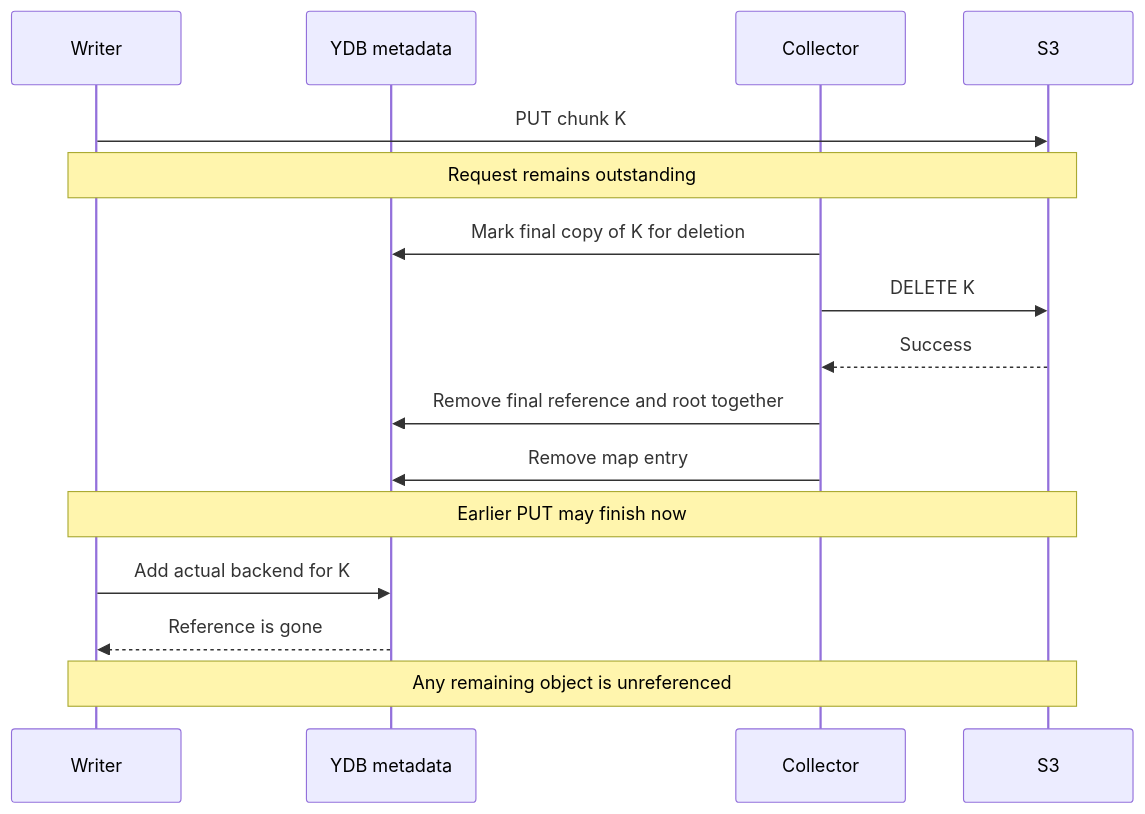
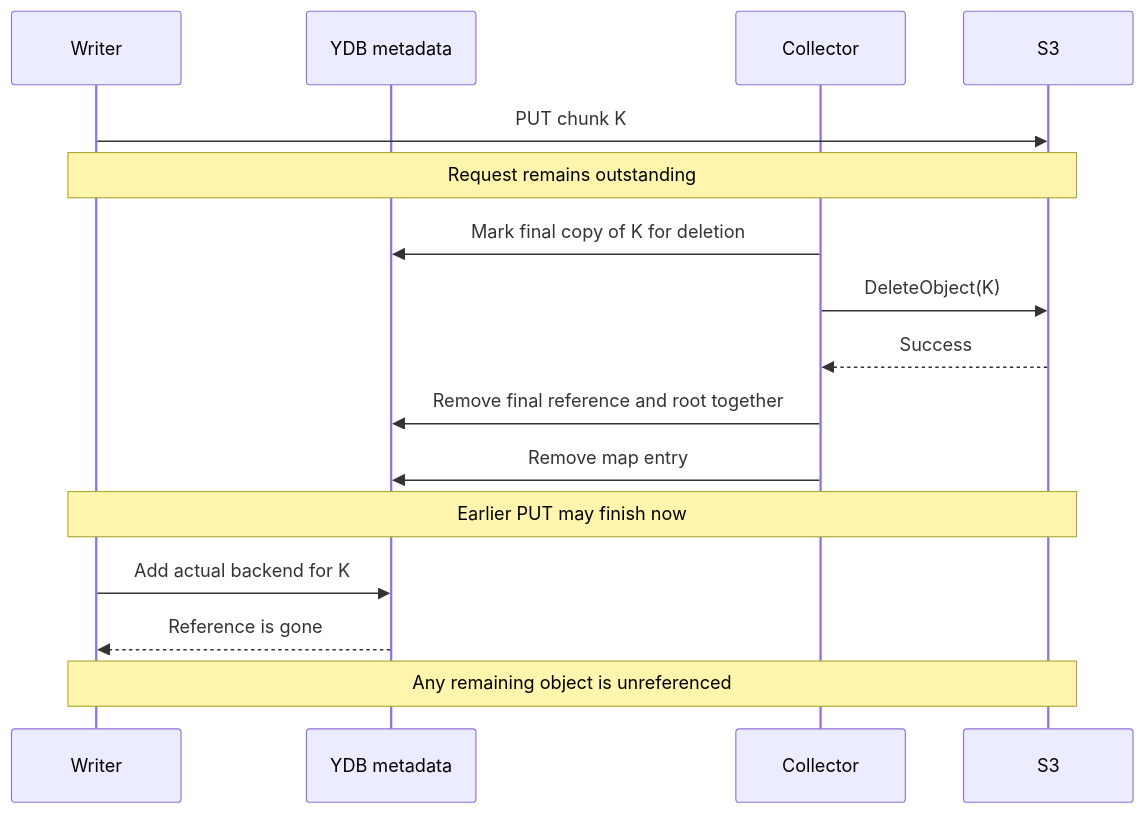
Before and after one commit to ydb-platform/nbs: the seventh of 10 diagrams in doc/disk_manager/chunk_storage/design_doc.md, drawn with Mermaid. The commit also changed other lines of this file, not shown here.

````diff
--- a/doc/disk_manager/chunk_storage/design_doc.md
+++ b/doc/disk_manager/chunk_storage/design_doc.md
@@ -283,18 +287,18 @@
 ```mermaid
 sequenceDiagram
     participant Writer
     participant DB as YDB metadata
     participant Collector
     participant S3
     Writer->>S3: PUT chunk K
     Note over Writer,S3: Request remains outstanding
     Collector->>DB: Mark final copy of K for deletion
-    Collector->>S3: DELETE K
+    Collector->>S3: DeleteObject(K)
     S3-->>Collector: Success
     Collector->>DB: Remove final reference and root together
     Collector->>DB: Remove map entry
     Note over Writer,S3: Earlier PUT may finish now
     Writer->>DB: Add actual backend for K
     DB-->>Writer: Reference is gone
     Note over Writer,S3: Any remaining object is unreferenced
 ```
````
